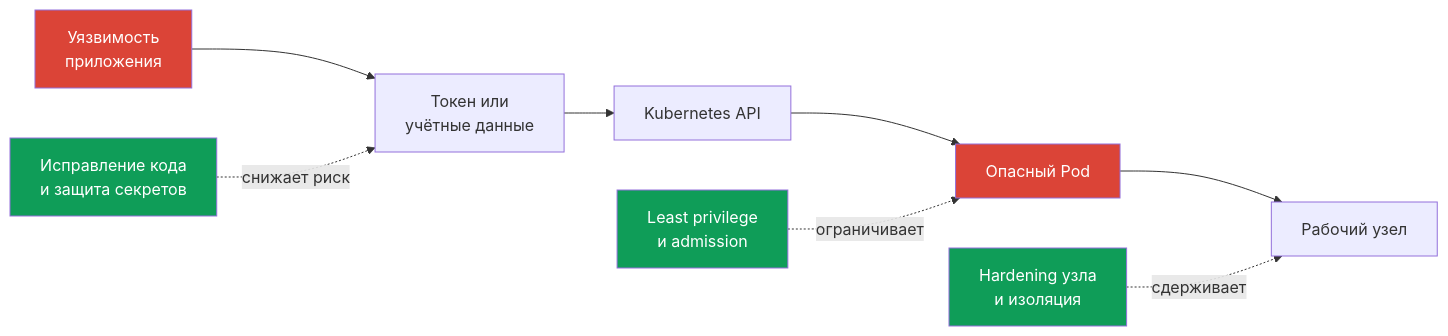
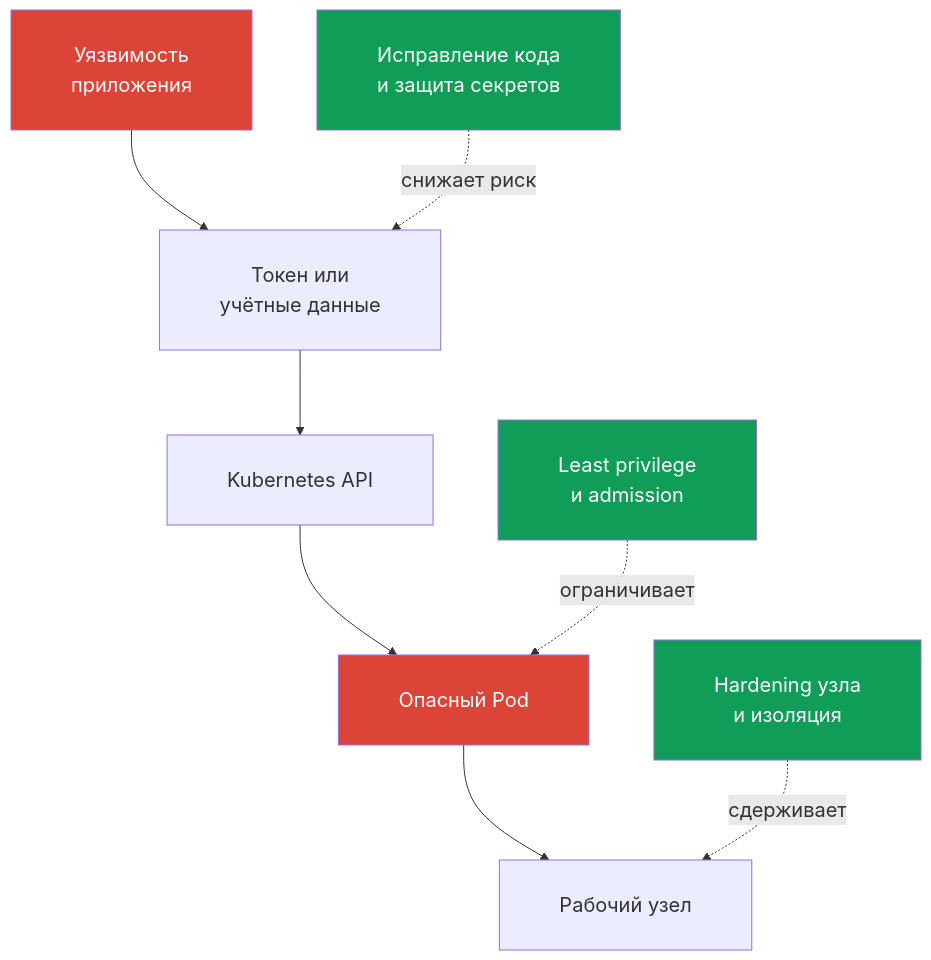
One commit to ViktorUJ/cks changed the second of 2 diagrams in tasks/kcsa/course/02/ru.md. Above: the diagram before and after it, drawn with Mermaid. The commit also changed other lines of this file and 29 other files, not shown here.

````diff
--- a/tasks/kcsa/course/02/ru.md
+++ b/tasks/kcsa/course/02/ru.md
@@ -66,15 +66,16 @@
 ```mermaid
-flowchart LR
-    vuln["Уязвимость\nприложения"] --> token["Токен или\nучётные данные"]
+%%{init: {"themeVariables": {"fontSize": "20px"}, "flowchart": {"nodeSpacing": 65, "rankSpacing": 70, "padding": 30}} }%%
+flowchart TB
+    vuln["Уязвимость<br/>приложения"] --> token["Токен или<br/>учётные данные"]
     token --> api["Kubernetes API"]
     api --> pod["Опасный Pod"]
     pod --> node["Рабочий узел"]
-    guard1["Исправление кода\nи защита секретов"] -. "снижает риск" .-> token
-    guard2["Least privilege\nи admission"] -. "ограничивает" .-> pod
-    guard3["Hardening узла\nи изоляция"] -. "сдерживает" .-> node
+    guard1["Исправление кода<br/>и защита секретов"] -. "снижает риск" .-> token
+    guard2["Least privilege<br/>и admission"] -. "ограничивает" .-> pod
+    guard3["Hardening узла<br/>и изоляция"] -. "сдерживает" .-> node
     style vuln fill:#db4437,color:#fff
     style pod fill:#db4437,color:#fff
     style guard1 fill:#0f9d58,color:#fff
     style guard2 fill:#0f9d58,color:#fff
     style guard3 fill:#0f9d58,color:#fff
 ```
````
